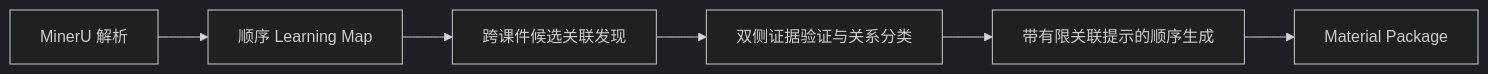
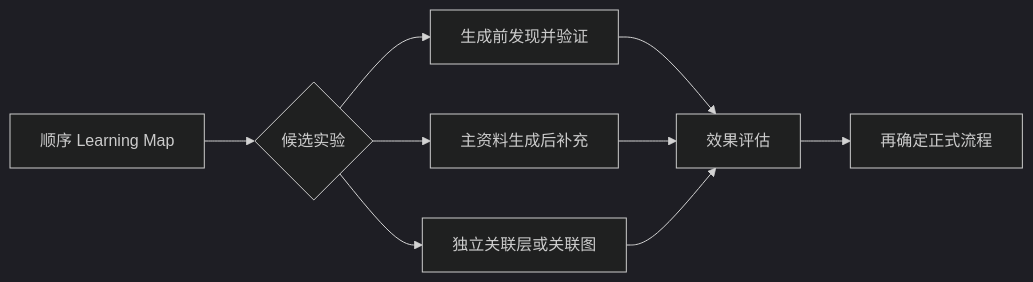
The second of 2 diagrams in docs/product/service-modes.md (TyrionH-is-coding/J-Study), drawn with Mermaid (dark theme) before and after one commit. The commit also changed other lines of this file and 2 other files, not shown here.

````diff
--- a/docs/product/service-modes.md
+++ b/docs/product/service-modes.md
@@ -70,8 +70,11 @@
 ```mermaid
 flowchart LR
-    A["MinerU 解析"] --> B["顺序 Learning Map"]
-    B --> C["跨课件候选关联发现"]
-    C --> D["双侧证据验证与关系分类"]
-    D --> E["带有限关联提示的顺序生成"]
-    E --> F["Material Package"]
+    A["顺序 Learning Map"] --> B{"候选实验"}
+    B --> C["生成前发现并验证"]
+    B --> D["主资料生成后补充"]
+    B --> E["独立关联层或关联图"]
+    C --> F["效果评估"]
+    D --> F
+    E --> F
+    F --> G["再确定正式流程"]
 ```
````
